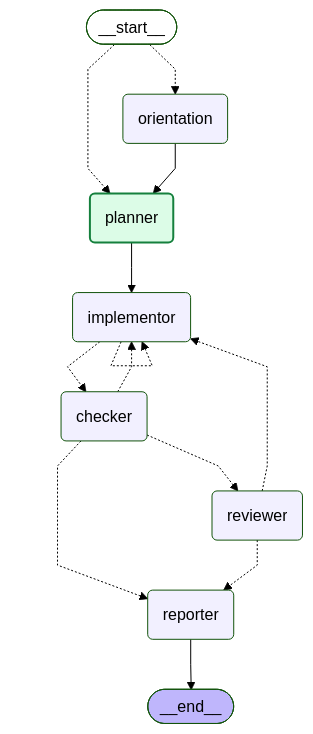
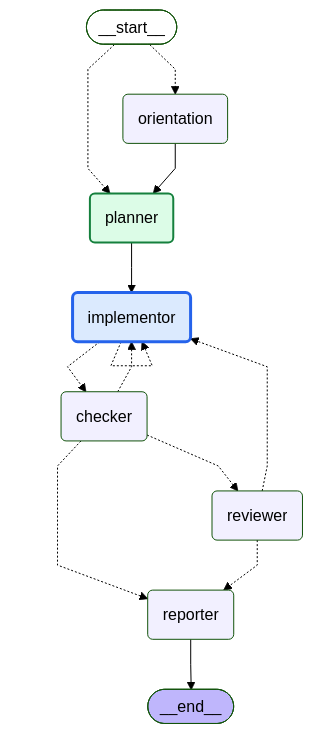
Before and after one commit to daniell0gda/hermes-feature-check-dashboard: the diagram in runs/20260809-093247-e17260/graph.mmd, drawn with Mermaid (forest theme). The commit also changed 5 other files, not shown here.

```diff
--- a/runs/20260809-093247-e17260/graph.mmd
+++ b/runs/20260809-093247-e17260/graph.mmd
@@ -1,34 +1,35 @@
 ---
 config:
   flowchart:
     curve: linear
 ---
 graph TD;
 	__start__([<p>__start__</p>]):::first
 	orientation(orientation)
 	planner(planner)
 	implementor(implementor)
 	checker(checker)
 	reviewer(reviewer)
 	reporter(reporter)
 	__end__([<p>__end__</p>]):::last
 	__start__ -.-> orientation;
 	__start__ -.-> planner;
 	checker -.-> implementor;
 	checker -.-> reporter;
 	checker -.-> reviewer;
 	implementor -.-> checker;
 	orientation --> planner;
 	planner --> implementor;
 	reviewer -.-> implementor;
 	reviewer -.-> reporter;
 	reporter --> __end__;
 	implementor -.-> implementor;
 	classDef default fill:#f2f0ff,line-height:1.2
 	classDef first fill-opacity:0
 	classDef last fill:#bfb6fc
 
 classDef done fill:#dcfce7,stroke:#15803d,stroke-width:2px;
 classDef active fill:#dbeafe,stroke:#2563eb,stroke-width:3px;
 classDef failed fill:#fee2e2,stroke:#b42318,stroke-width:2px;
 class planner done;
+class implementor active;
```
